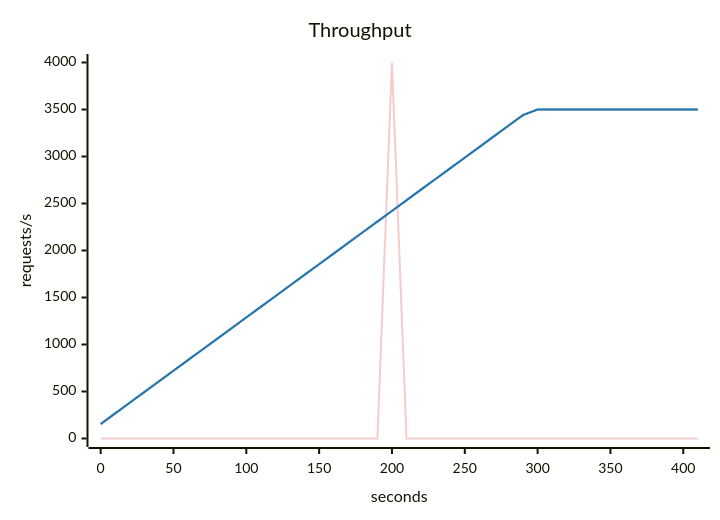
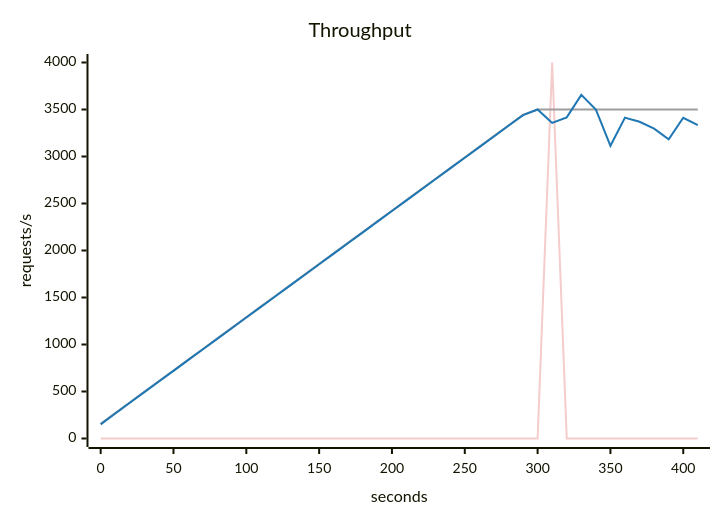
Before and after one commit to akinfemi/load-lore: the second of 5 diagrams in scenarios/when-to-scale-your-database/solutions/one-query-per-page/report.md, drawn with Mermaid. The commit also changed other lines of this file and 71 other files, not shown here.

````diff
--- a/scenarios/when-to-scale-your-database/solutions/one-query-per-page/report.md
+++ b/scenarios/when-to-scale-your-database/solutions/one-query-per-page/report.md
@@ -39,16 +40,16 @@
 ```mermaid
 ---
 config:
   themeVariables:
     xyChart:
       backgroundColor: "transparent"
       plotColorPalette: "#f4cccc, #9e9e9e, #1f77b4"
 ---
 xychart-beta
     title "Throughput"
     x-axis "seconds" 0 --> 410
     y-axis "requests/s" 0 --> 4000
-    line [0, 0, 0, 0, 0, 0, 0, 0, 0, 0, 0, 0, 0, 0, 0, 0, 0, 0, 0, 0, 4000, 0, 0, 0, 0, 0, 0, 0, 0, 0, 0, 0, 0, 0, 0, 0, 0, 0, 0, 0, 0, 0]
+    line [0, 0, 0, 0, 0, 0, 0, 0, 0, 0, 0, 0, 0, 0, 0, 0, 0, 0, 0, 0, 0, 0, 0, 0, 0, 0, 0, 0, 0, 0, 0, 4000, 0, 0, 0, 0, 0, 0, 0, 0, 0, 0]
     line [156.667, 270, 383.333, 496.667, 610, 723.333, 836.667, 950, 1063.333, 1176.667, 1290, 1403.333, 1516.667, 1630, 1743.333, 1856.667, 1970, 2083.333, 2196.667, 2310, 2423.333, 2536.667, 2650, 2763.333, 2876.667, 2990, 3103.333, 3216.667, 3330, 3443.333, 3500, 3500, 3500, 3500, 3500, 3500, 3500, 3500, 3500, 3500, 3500, 3500]
-    line [150.908, 266.819, 380.352, 493.509, 606.866, 720.239, 833.37, 946.955, 1060.211, 1173.523, 1286.928, 1400.081, 1513.534, 1627.051, 1740.189, 1853.356, 1967.001, 2080.205, 2193.554, 2306.848, 2420.048, 2533.581, 2647.079, 2760.197, 2873.528, 2986.968, 3100.26, 3213.543, 3326.59, 3440.269, 3500.078, 3499.602, 3500.263, 3500.043, 3500.38, 3499.633, 3499.349, 3499.959, 3500.735, 3499.938, 3499.795, 3500.063]
+    line [150.42, 266.563, 379.943, 493.365, 606.558, 719.998, 833.229, 946.645, 1060.163, 1172.965, 1286.646, 1400.078, 1513.207, 1626.757, 1739.772, 1853.239, 1966.828, 2079.943, 2193.017, 2306.696, 2419.962, 2533.158, 2646.774, 2760.083, 2873.282, 2986.372, 3100.139, 3213.415, 3326.544, 3440.126, 3499.672, 3356.79, 3416.715, 3655.522, 3499.944, 3114.015, 3413.378, 3369.133, 3295.597, 3182.919, 3412.345, 3334.256]
 ```
````
